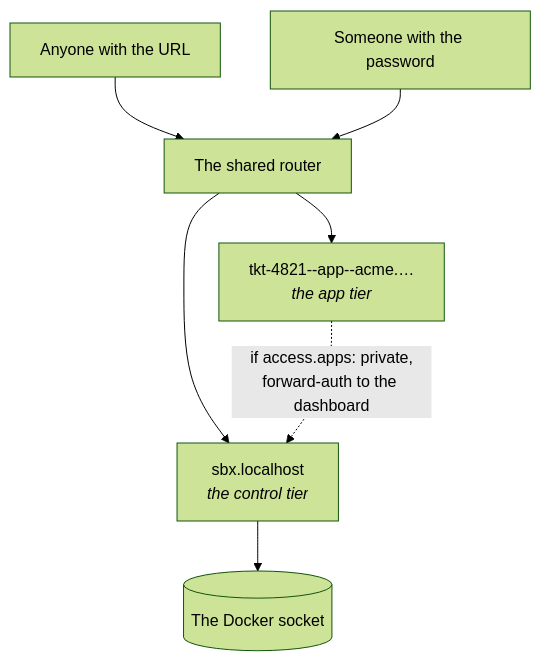
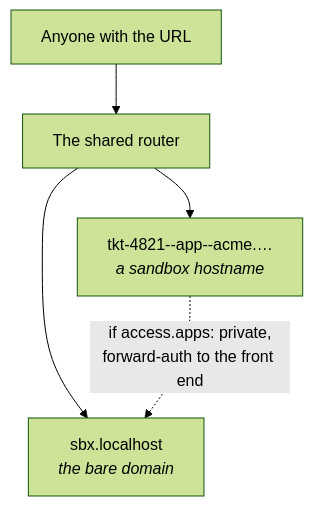
The diagram in docs/access.md (mattmoran56/sandboxer-core), drawn with Mermaid (forest theme) before and after one commit. The commit also changed other lines of this file and 24 other files, not shown here.

````diff
--- a/docs/access.md
+++ b/docs/access.md
@@ -27,12 +28,10 @@
 ```mermaid
 flowchart TB
   b["Anyone with the URL"]
-  o["Someone with the password"]
   r["The shared router"]
-  app["tkt-4821--app--acme.…<br/><i>the app tier</i>"]
-  dash["sbx.localhost<br/><i>the control tier</i>"]
-  dk[("The Docker socket")]
+  app["tkt-4821--app--acme.…<br/><i>a sandbox hostname</i>"]
+  fe["sbx.localhost<br/><i>the bare domain</i>"]
   b --> r --> app
-  o --> r --> dash --> dk
-  app -.->|"if access.apps: private,<br/>forward-auth to the dashboard"| dash
+  r --> fe
+  app -.->|"if access.apps: private,<br/>forward-auth to the front end"| fe
 ```
````
